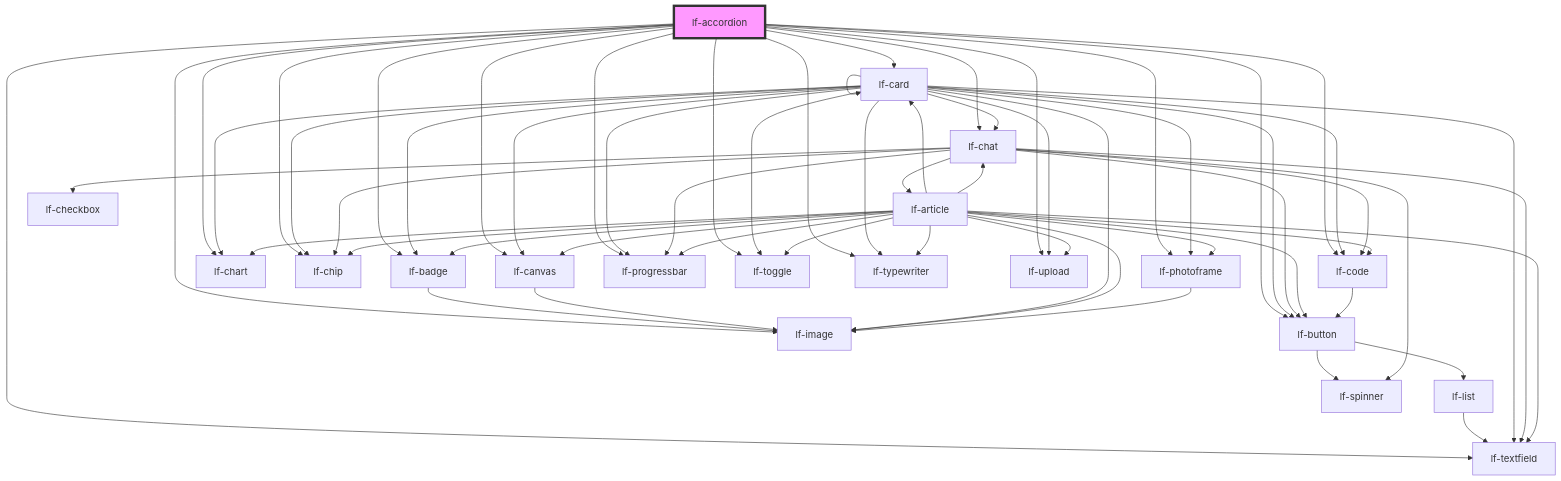
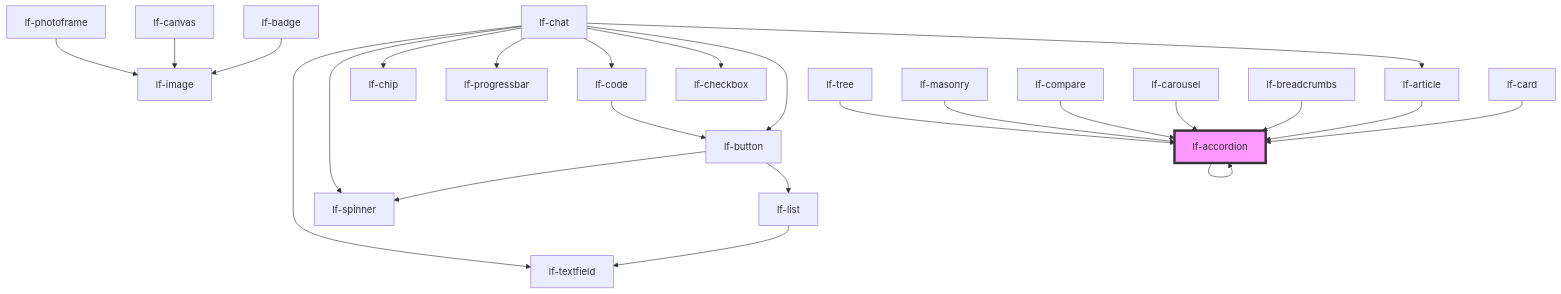
Before and after one commit to lucafoscili/lf-widgets: the diagram in packages/core/src/components/lf-accordion/readme.md, drawn with Mermaid. The commit also changed other lines of this file and 23 other files, not shown here.

````diff
--- a/packages/core/src/components/lf-accordion/readme.md
+++ b/packages/core/src/components/lf-accordion/readme.md
@@ -156,64 +168,27 @@
 ```mermaid
 graph TD;
-  lf-accordion --> lf-badge
-  lf-accordion --> lf-button
-  lf-accordion --> lf-canvas
-  lf-accordion --> lf-card
-  lf-accordion --> lf-chart
-  lf-accordion --> lf-chat
-  lf-accordion --> lf-chip
-  lf-accordion --> lf-code
-  lf-accordion --> lf-image
-  lf-accordion --> lf-photoframe
-  lf-accordion --> lf-progressbar
-  lf-accordion --> lf-textfield
-  lf-accordion --> lf-toggle
-  lf-accordion --> lf-typewriter
-  lf-accordion --> lf-upload
+  lf-accordion --> lf-accordion
   lf-badge --> lf-image
   lf-button --> lf-list
   lf-button --> lf-spinner
   lf-list --> lf-textfield
   lf-canvas --> lf-image
-  lf-card --> lf-badge
-  lf-card --> lf-button
-  lf-card --> lf-canvas
-  lf-card --> lf-card
-  lf-card --> lf-chart
-  lf-card --> lf-chat
-  lf-card --> lf-chip
-  lf-card --> lf-code
-  lf-card --> lf-image
-  lf-card --> lf-photoframe
-  lf-card --> lf-progressbar
-  lf-card --> lf-textfield
-  lf-card --> lf-toggle
-  lf-card --> lf-typewriter
-  lf-card --> lf-upload
+  lf-card --> lf-accordion
   lf-chat --> lf-spinner
   lf-chat --> lf-article
   lf-chat --> lf-button
   lf-chat --> lf-chip
   lf-chat --> lf-textfield
   lf-chat --> lf-progressbar
   lf-chat --> lf-code
   lf-chat --> lf-checkbox
-  lf-article --> lf-badge
-  lf-article --> lf-button
-  lf-article --> lf-canvas
-  lf-article --> lf-card
-  lf-article --> lf-chart
-  lf-article --> lf-chat
-  lf-article --> lf-chip
-  lf-article --> lf-code
-  lf-article --> lf-image
-  lf-article --> lf-photoframe
-  lf-article --> lf-progressbar
-  lf-article --> lf-textfield
-  lf-article --> lf-toggle
-  lf-article --> lf-typewriter
-  lf-article --> lf-upload
+  lf-article --> lf-accordion
   lf-code --> lf-button
   lf-photoframe --> lf-image
+  lf-breadcrumbs --> lf-accordion
+  lf-carousel --> lf-accordion
+  lf-compare --> lf-accordion
+  lf-masonry --> lf-accordion
+  lf-tree --> lf-accordion
   style lf-accordion fill:#f9f,stroke:#333,stroke-width:4px
 ```
````
